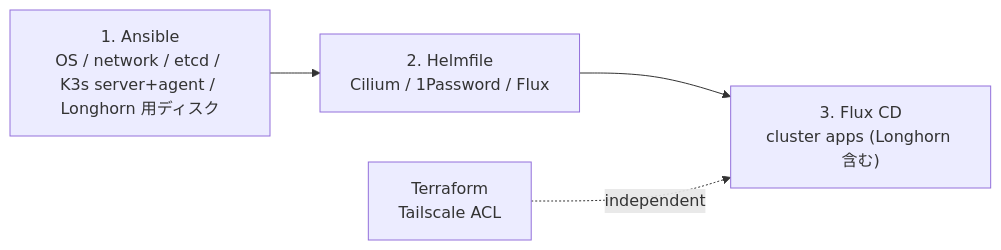
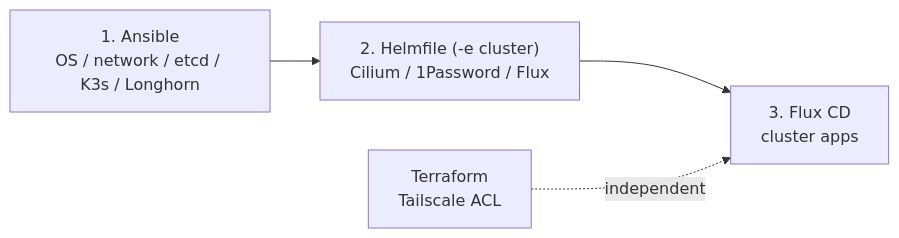
The second of 2 diagrams in README.md (Soli0222/pke), drawn with Mermaid before and after one commit. The commit also changed other lines of this file and 83 other files, not shown here.

````diff
--- a/README.md
+++ b/README.md
@@ -58,6 +42,6 @@
 ```mermaid
 flowchart LR
-    A["1. Ansible<br/>OS / network / etcd / K3s server+agent / Longhorn 用ディスク"] --> B["2. Helmfile<br/>Cilium / 1Password / Flux"]
-    B --> C["3. Flux CD<br/>cluster apps (Longhorn 含む)"]
+    A["1. Ansible<br/>OS / network / etcd / K3s / Longhorn"] --> B["2. Helmfile (-e cluster)<br/>Cilium / 1Password / Flux"]
+    B --> C["3. Flux CD<br/>cluster apps"]
     D["Terraform<br/>Tailscale ACL"] -. independent .-> C
 ```
````
